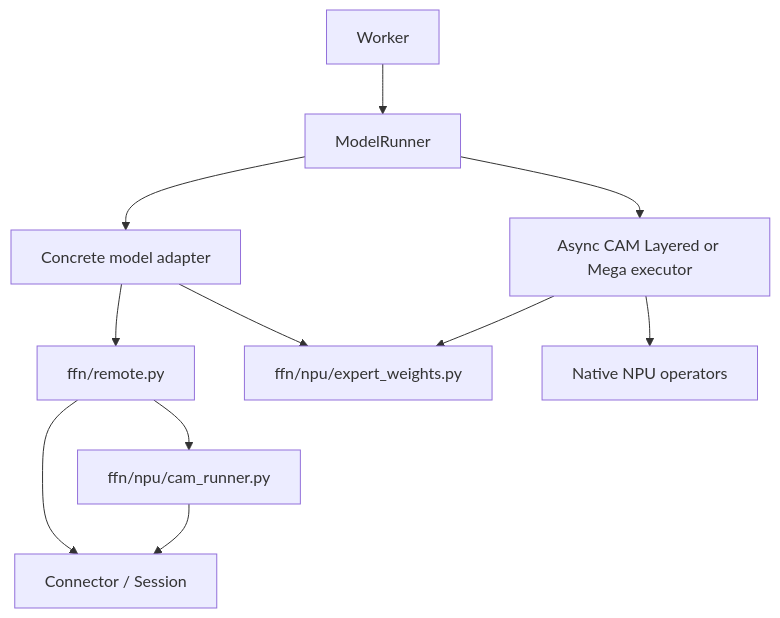
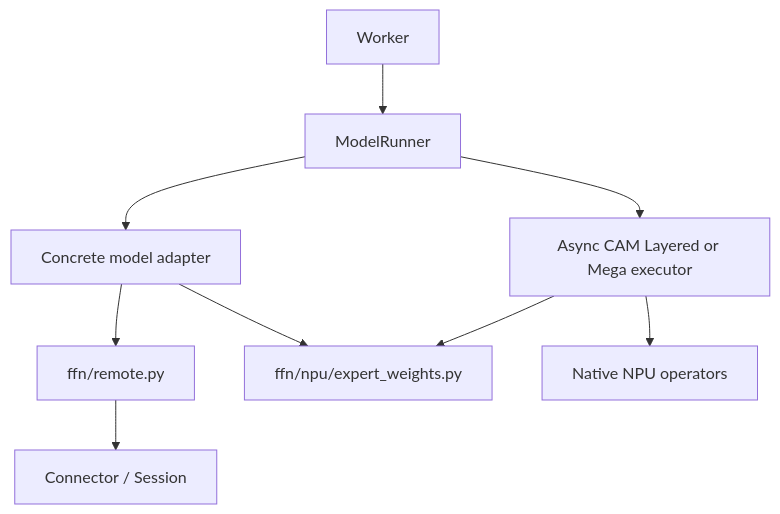
Before and after one commit to vllm-project/afd-plugin: the first of 2 diagrams in docs/design/module/model_integration.md, drawn with Mermaid. The commit also changed other lines of this file and 12 other files, not shown here.

Commit message:
Consolidate Ascend CAM runners in the shared remote module

````diff
--- a/docs/design/module/model_integration.md
+++ b/docs/design/module/model_integration.md
@@ -84,13 +82,11 @@
 ```mermaid
 flowchart TD
     Worker[Worker] --> Runner[ModelRunner]
     Runner --> Model[Concrete model adapter]
     Model --> Remote[ffn/remote.py]
     Remote --> Connector[Connector / Session]
-    Remote --> CAM[ffn/npu/cam_runner.py]
-    CAM --> Connector
     Model --> Weights[ffn/npu/expert_weights.py]
     Runner --> Compute[Async CAM Layered or Mega executor]
     Compute --> Weights
     Compute --> Native[Native NPU operators]
 ```
````
